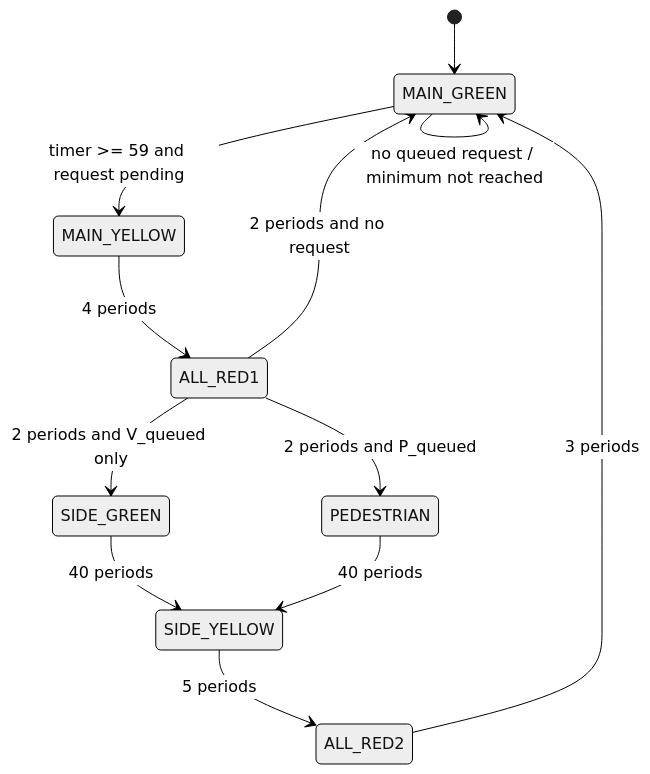
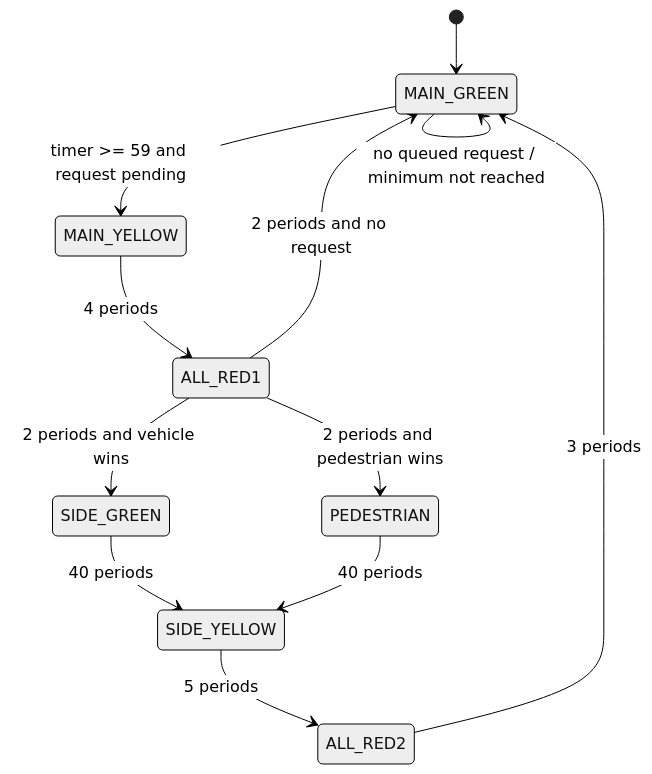
Before and after one commit to 3mrRa/smart-traffic-light-controller: the diagram in docs/state_diagram.md, drawn with Mermaid (neutral theme). The commit also changed other lines of this file and 10 other files, not shown here.

````diff
--- a/docs/state_diagram.md
+++ b/docs/state_diagram.md
@@ -5,14 +5,14 @@
 ```mermaid
 stateDiagram-v2
     [*] --> MAIN_GREEN
     MAIN_GREEN --> MAIN_GREEN: no queued request / minimum not reached
     MAIN_GREEN --> MAIN_YELLOW: timer >= 59 and request pending
     MAIN_YELLOW --> ALL_RED1: 4 periods
-    ALL_RED1 --> PEDESTRIAN: 2 periods and P_queued
-    ALL_RED1 --> SIDE_GREEN: 2 periods and V_queued only
+    ALL_RED1 --> PEDESTRIAN: 2 periods and pedestrian wins
+    ALL_RED1 --> SIDE_GREEN: 2 periods and vehicle wins
     ALL_RED1 --> MAIN_GREEN: 2 periods and no request
     SIDE_GREEN --> SIDE_YELLOW: 40 periods
     PEDESTRIAN --> SIDE_YELLOW: 40 periods
     SIDE_YELLOW --> ALL_RED2: 5 periods
     ALL_RED2 --> MAIN_GREEN: 3 periods
 ```
````
